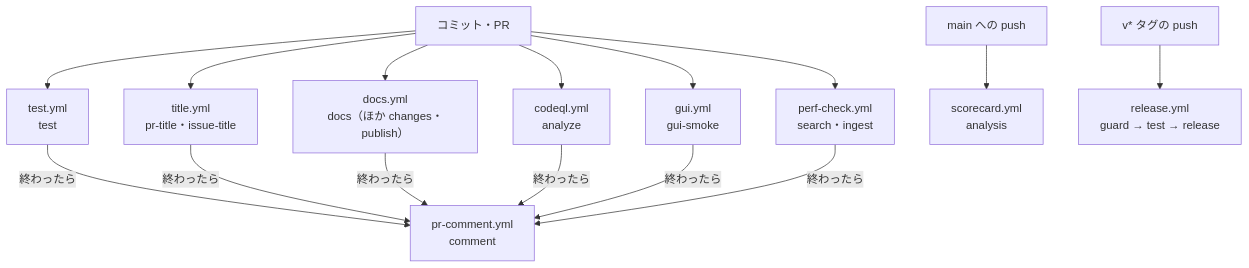
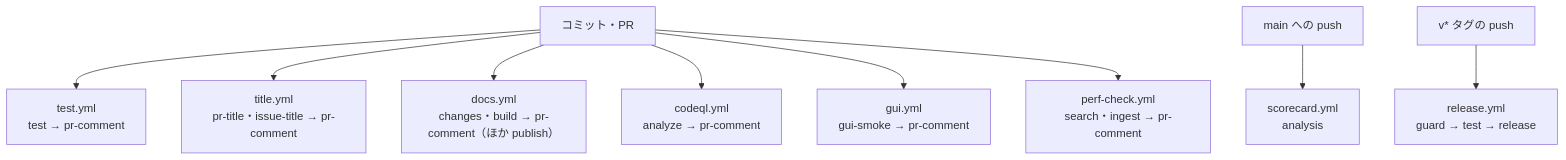
One commit to hsgwa/tebunko changed the first of 2 diagrams in docs/design/testing/ci.md. Above: the diagram before and after it, drawn with Mermaid. The commit also changed other lines of this file and 3 other files, not shown here.

````diff
--- a/docs/design/testing/ci.md
+++ b/docs/design/testing/ci.md
@@ -5,17 +5,11 @@
 ```mermaid
 flowchart TD
-    C["コミット・PR"] --> T["test.yml<br>test"]
-    C --> TI["title.yml<br>pr-title・issue-title"]
-    C --> D["docs.yml<br>docs（ほか changes・publish）"]
-    C --> CQ["codeql.yml<br>analyze"]
-    C --> G["gui.yml<br>gui-smoke"]
-    C --> PCK["perf-check.yml<br>search・ingest"]
+    C["コミット・PR"] --> T["test.yml<br>test → pr-comment"]
+    C --> TI["title.yml<br>pr-title・issue-title → pr-comment"]
+    C --> D["docs.yml<br>changes・build → pr-comment（ほか publish）"]
+    C --> CQ["codeql.yml<br>analyze → pr-comment"]
+    C --> G["gui.yml<br>gui-smoke → pr-comment"]
+    C --> PCK["perf-check.yml<br>search・ingest → pr-comment"]
     M["main への push"] --> SC["scorecard.yml<br>analysis"]
     TAG["v* タグの push"] --> R["release.yml<br>guard → test → release"]
-    T -- 終わったら --> PC["pr-comment.yml<br>comment"]
-    TI -- 終わったら --> PC
-    D -- 終わったら --> PC
-    CQ -- 終わったら --> PC
-    G -- 終わったら --> PC
-    PCK -- 終わったら --> PC
 ```
````
